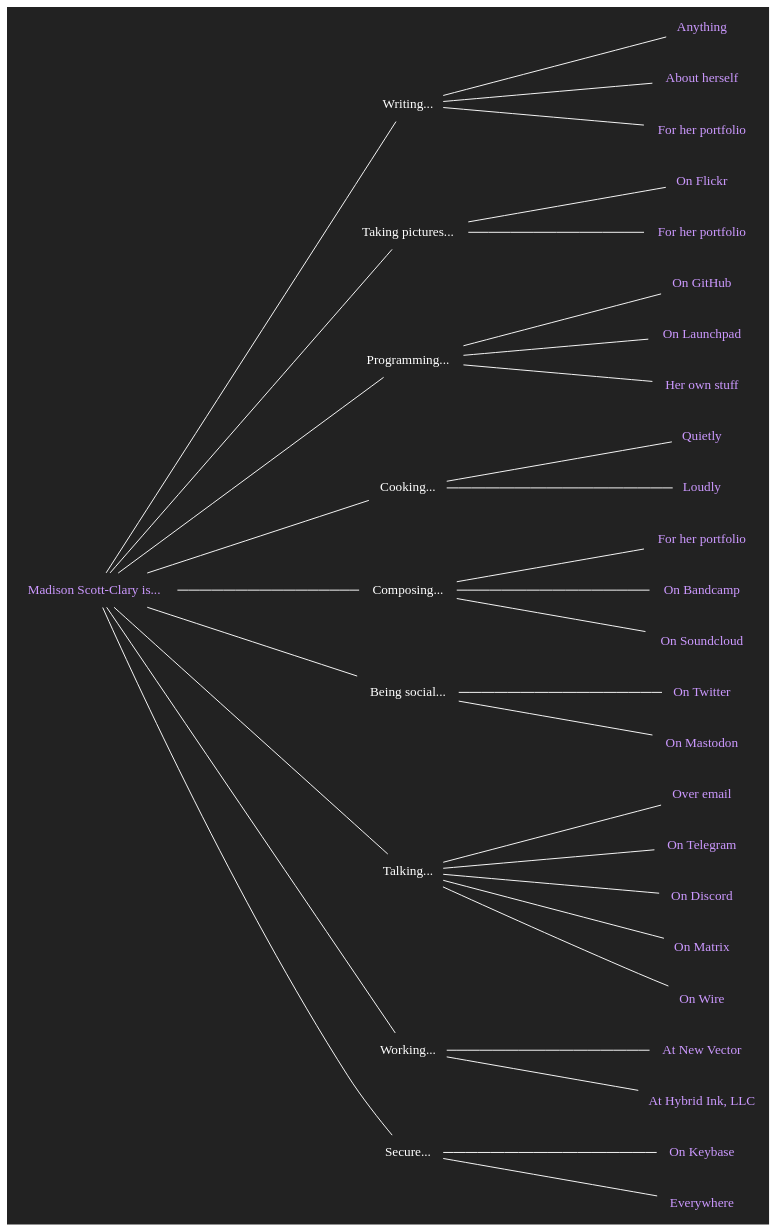
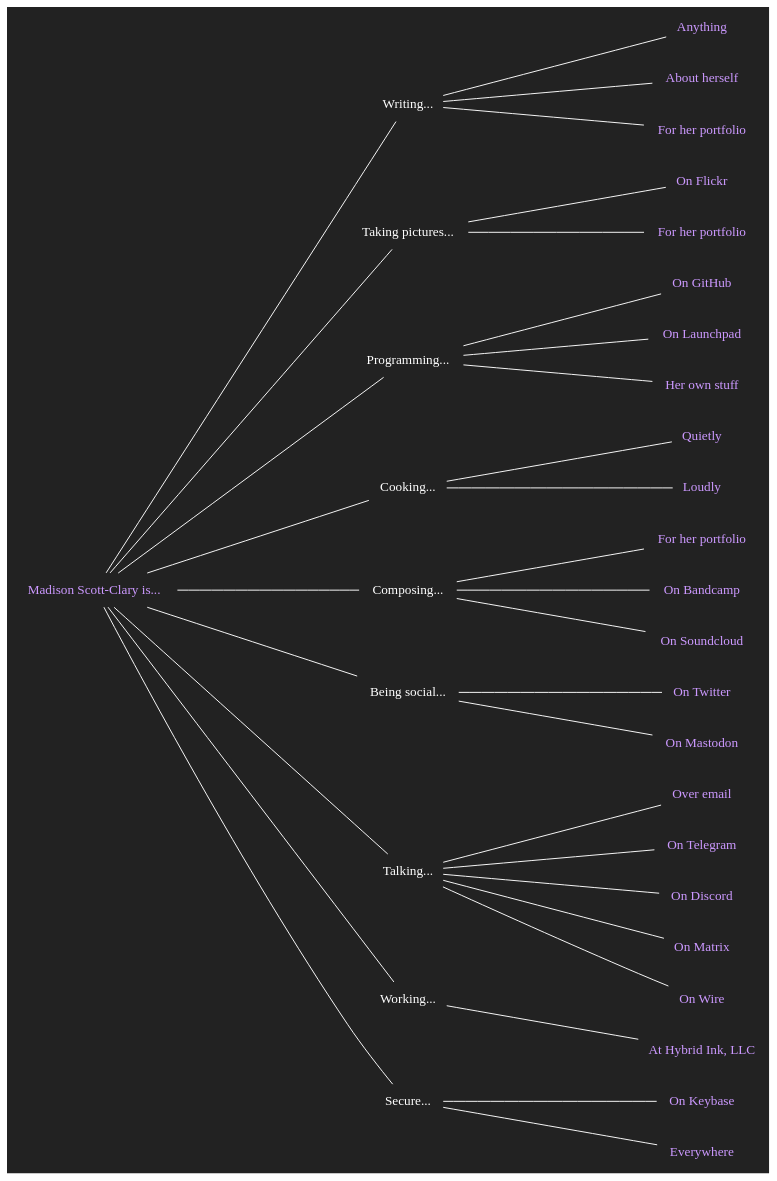
The diagram in is.dot (makyo/makyo.is), drawn with Graphviz before and after one commit. The commit also changed 4 other files, not shown here.

```diff
--- a/is.dot
+++ b/is.dot
@@ -1,58 +1,57 @@
 graph is {
     node[shape="none",fontcolor="#ffffff",color="#ffffff",fontname="Helvetica bold"]
     edge[color="#ffffff"]
     graph[bgcolor="#222222",label="",margin="0",rankdir="LR",ranksep=2.5]
 
     copula [label="Madison Scott-Clary is...",fontcolor="#cc99ff",href="https://drab-makyo.com?pk_campaign=source&pk_kwd=makyo.is"]
 
     writing [label="Writing..."]
     writing_anything [label="Anything",fontcolor="#cc99ff",href="https://writing.drab-makyo.com?pk_campaign=source&pk_kwd=makyo.is"]
     writing_ally [label="About herself",fontcolor="#cc99ff",href="https://ally.id?pk_campaign=source&pk_kwd=makyo.is"]
     writing_portfolio [label="For her portfolio",fontcolor="#cc99ff",href="https://makyo.ink?pk_campaign=source&pk_kwd=makyo.is"]
     copula -- writing -- { writing_anything, writing_ally, writing_portfolio }
 
     photography [label="Taking pictures..."]
     photography_flickr [label="On Flickr",fontcolor="#cc99ff",href="https://flickr.com/photos/ranna"]
     photography_portfolio [label="For her portfolio",fontcolor="#cc99ff",href="https://makyo.photography"]
     copula -- photography -- { photography_flickr, photography_portfolio }
 
     programming [label="Programming..."]
     programming_github [label="On GitHub",fontcolor="#cc99ff",href="https://github.com/makyo"]
     programming_launchpad [label="On Launchpad",fontcolor="#cc99ff",href="https://launchpad.net/~makyo"]
     programming_personal [label="Her own stuff",fontcolor="#cc99ff",href="https://makyo.dev"]
     copula -- programming -- { programming_github, programming_launchpad, programming_personal }
 
     cooking [label="Cooking..."]
     cooking_quietly [label="Quietly",fontcolor="#cc99ff",href="https://makyo.cooking?pk_campaign=source&pk_kwd=makyo.is"]
     cooking_loudly [label="Loudly",fontcolor="#cc99ff",href="https://mealtime.with.maddypa.ws?pk_campaign=source&pk_kwd=makyo.is"]
     copula -- cooking -- { cooking_quietly, cooking_loudly }
 
     composing [label="Composing..."]
     composing_portfolio [label="For her portfolio",fontcolor="#cc99ff",href="https://sounds.drab-makyo.com?pk_campaign=source&pk_kwd=makyo.is"]
     composing_bandcamp [label="On Bandcamp",fontcolor="#cc99ff",href="https://drab-makyo.bandcamp.com"]
     composing_soundcloud [label="On Soundcloud",fontcolor="#cc99ff",href="https://soundcloud.com/drabmakyo"]
     copula -- composing -- { composing_portfolio, composing_bandcamp, composing_soundcloud }
 
     social [label="Being social..."]
     social_twitter [label="On Twitter",fontcolor="#cc99ff",href="https://twitter.com/drab_makyo"]
     social_mastodon [label="On Mastodon",fontcolor="#cc99ff",href="https://snouts.online/@makyo"]
     copula -- social -- { social_twitter, social_mastodon }
 
     talking [label="Talking..."]
     talking_email [label="Over email",fontcolor="#cc99ff",href="mailto:makyo@drab-makyo.com"]
     talking_telegram [label="On Telegram",fontcolor="#cc99ff",href="https://t.me/DrabMakyo"]
     talking_discord [label="On Discord",fontcolor="#cc99ff",href="/discord",title="Makyo#7093"]
     talking_matrix [label="On Matrix",fontcolor="#cc99ff",href="https://matrix.to/#/@makyo:drab-makyo.com"]
     talking_wire [label="On Wire",fontcolor="#cc99ff",href="/wire",title="@makyo"]
     copula -- talking -- { talking_email, talking_telegram, talking_discord, talking_matrix, talking_wire }
 
     working [label="Working..."]
-    working_current [label="At New Vector",fontcolor="#cc99ff",href="https://vector.im"]
     working_hybrid [label="At Hybrid Ink, LLC",fontcolor="#cc99ff",href="https://hybrid.ink?pk_campaign=source&pk_kwd=makyo.is"]
-    copula -- working -- { working_current, working_hybrid }
+    copula -- working -- { working_hybrid }
 
     secure [label="Secure..."]
     secure_keybase [label="On Keybase",fontcolor="#cc99ff",href="https://keybase.io/makyo"]
     secure_everywhere [label="Everywhere",fontcolor="#cc99ff",href="https://drab-makyo.com/pgp"]
     copula -- secure -- { secure_everywhere, secure_keybase }
 }
```
